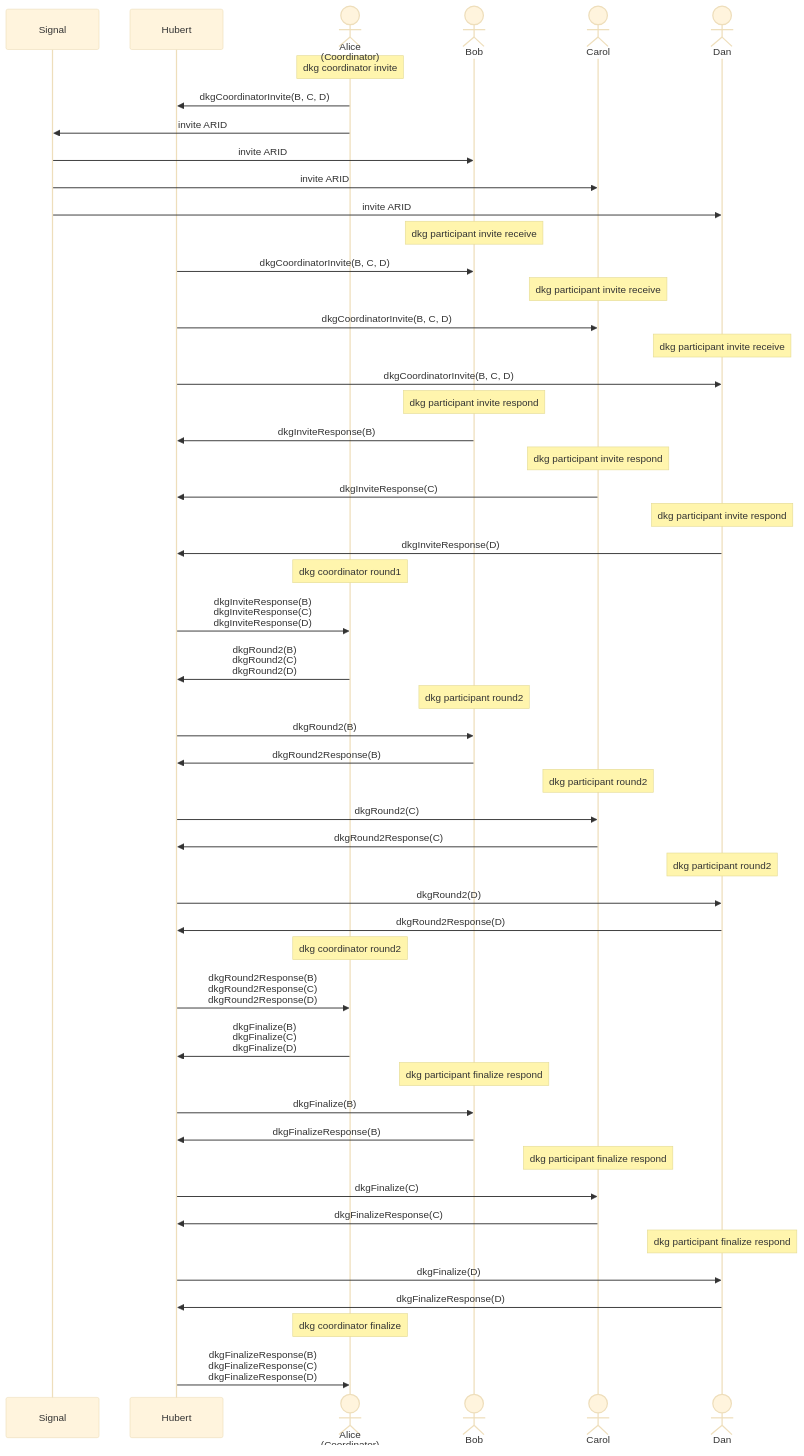
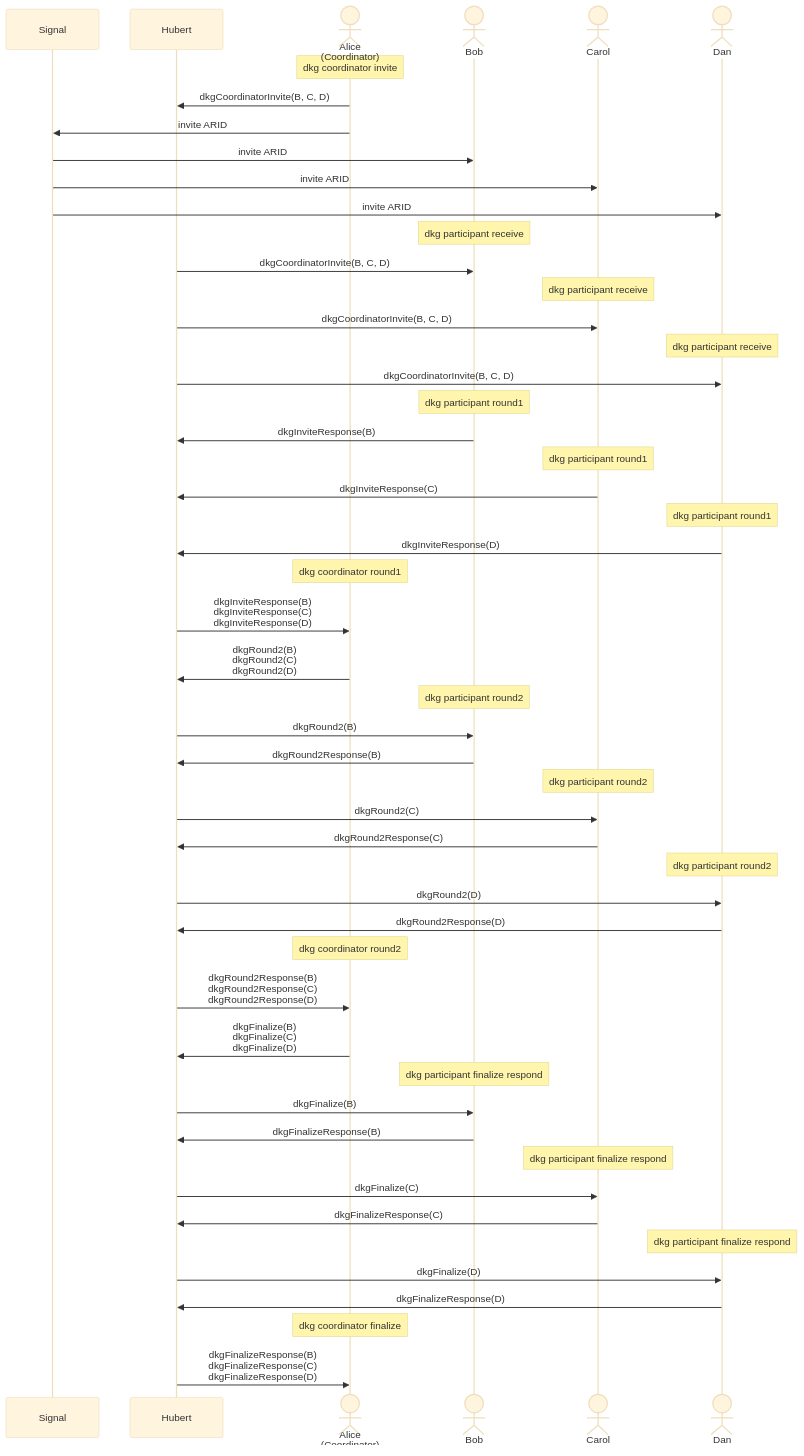
Before and after one commit to BlockchainCommons/frost-hubert-rust: the second of 3 diagrams in sequence-diagram.md, drawn with Mermaid (base theme). The commit also changed 10 other files, not shown here.

````diff
--- a/sequence-diagram.md
+++ b/sequence-diagram.md
@@ -26,69 +26,69 @@
 ```mermaid
 sequenceDiagram
     participant S as Signal
     participant H as Hubert
     actor A as Alice<br/>(Coordinator)
     actor B as Bob
     actor C as Carol
     actor D as Dan
 
     note over A: dkg coordinator invite
     A->>H: dkgCoordinatorInvite(B, C, D)
     A->>S: invite ARID
     S->>B: invite ARID
     S->>C: invite ARID
     S->>D: invite ARID
 
-    note over B: dkg participant invite receive
+    note over B: dkg participant receive
     H->>B: dkgCoordinatorInvite(B, C, D)
 
-    note over C: dkg participant invite receive
+    note over C: dkg participant receive
     H->>C: dkgCoordinatorInvite(B, C, D)
 
-    note over D: dkg participant invite receive
+    note over D: dkg participant receive
     H->>D: dkgCoordinatorInvite(B, C, D)
 
-    note over B: dkg participant invite respond
+    note over B: dkg participant round1
     B->>H: dkgInviteResponse(B)
 
-    note over C: dkg participant invite respond
+    note over C: dkg participant round1
     C->>H: dkgInviteResponse(C)
 
-    note over D: dkg participant invite respond
+    note over D: dkg participant round1
     D->>H: dkgInviteResponse(D)
 
     note over A: dkg coordinator round1
     H->>A: dkgInviteResponse(B)<br/>dkgInviteResponse(C)<br/>dkgInviteResponse(D)
     A->>H: dkgRound2(B)<br/>dkgRound2(C)<br/>dkgRound2(D)
 
     note over B: dkg participant round2
     H->>B: dkgRound2(B)
     B->>H: dkgRound2Response(B)
 
     note over C: dkg participant round2
     H->>C: dkgRound2(C)
     C->>H: dkgRound2Response(C)
 
     note over D: dkg participant round2
     H->>D: dkgRound2(D)
     D->>H: dkgRound2Response(D)
 
     note over A: dkg coordinator round2
     H->>A: dkgRound2Response(B)<br/>dkgRound2Response(C)<br/>dkgRound2Response(D)
     A->>H: dkgFinalize(B)<br/>dkgFinalize(C)<br/>dkgFinalize(D)
 
     note over B: dkg participant finalize respond
     H->>B: dkgFinalize(B)
     B->>H: dkgFinalizeResponse(B)
 
     note over C: dkg participant finalize respond
     H->>C: dkgFinalize(C)
     C->>H: dkgFinalizeResponse(C)
 
     note over D: dkg participant finalize respond
     H->>D: dkgFinalize(D)
     D->>H: dkgFinalizeResponse(D)
 
     note over A: dkg coordinator finalize
     H->>A: dkgFinalizeResponse(B)<br/>dkgFinalizeResponse(C)<br/>dkgFinalizeResponse(D)
 ```
````
